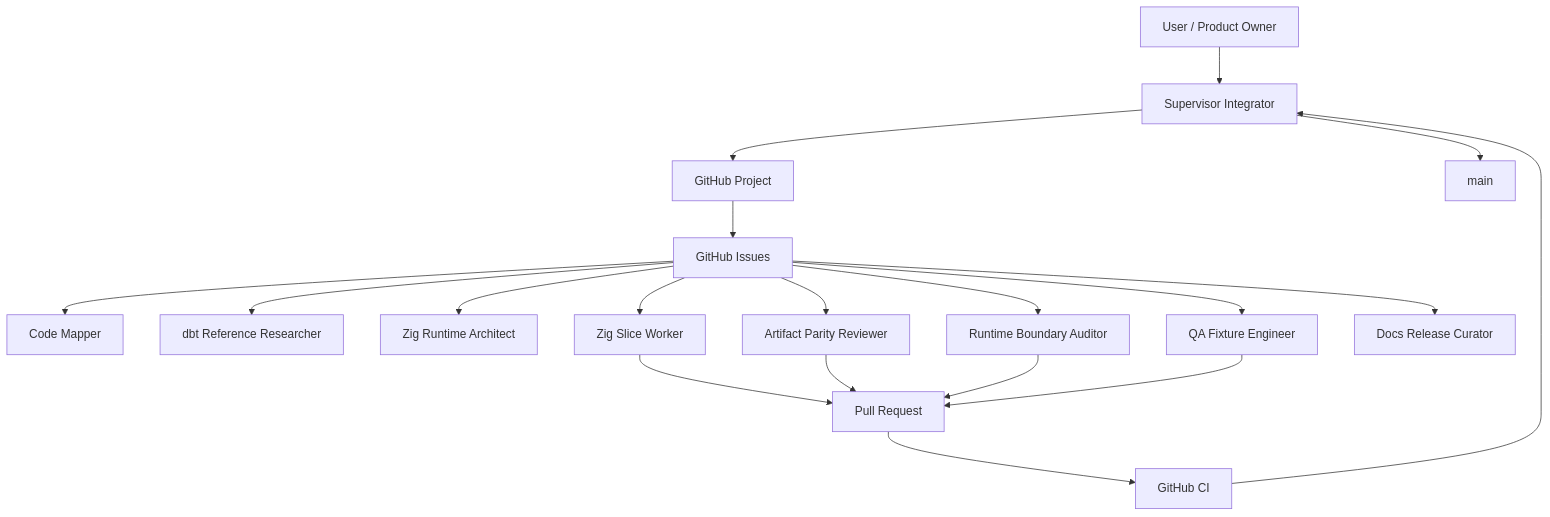
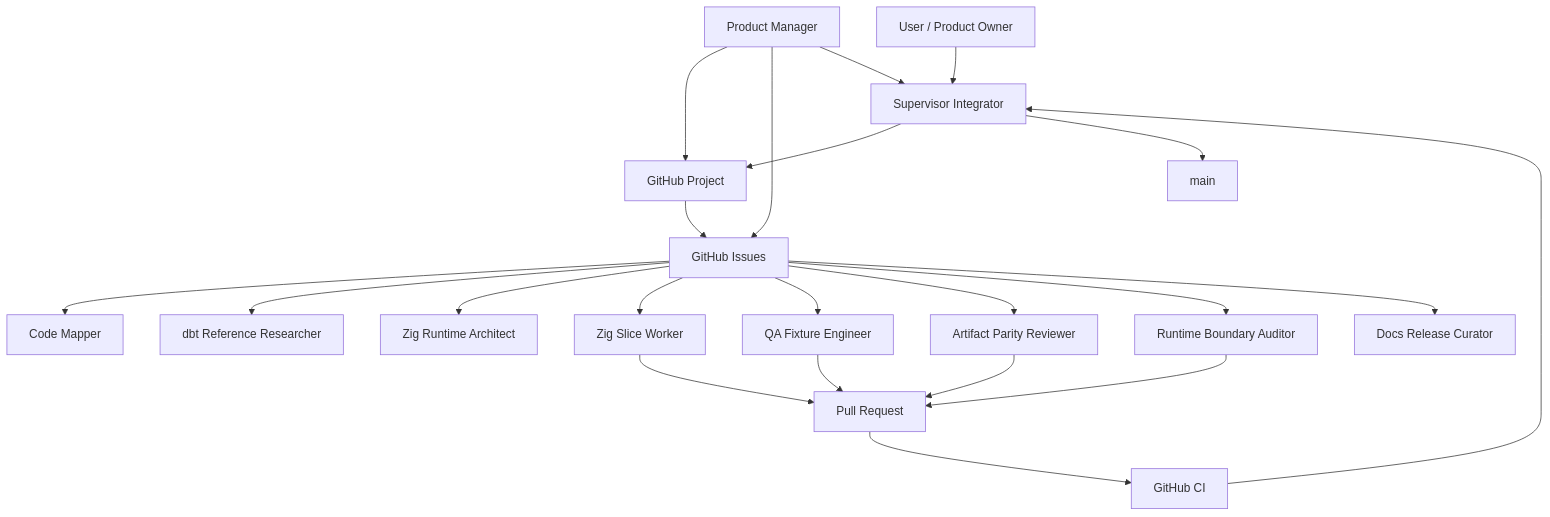
The first of 2 diagrams in docs/AGENT_OS.md (sabino/dxt), drawn with Mermaid before and after one commit. The commit also changed other lines of this file and 18 other files, not shown here.

First line of the commit message:
feat: add product manager agent ops

````diff
--- a/docs/AGENT_OS.md
+++ b/docs/AGENT_OS.md
@@ -100,21 +214,24 @@
 ```mermaid
 flowchart TD
     User[User / Product Owner] --> Supervisor[Supervisor Integrator]
+    PM[Product Manager] --> Project[GitHub Project]
+    PM --> Issues[GitHub Issues]
+    PM --> Supervisor
     Supervisor --> Project[GitHub Project]
     Project --> Issues[GitHub Issues]
     Issues --> Mapper[Code Mapper]
     Issues --> Researcher[dbt Reference Researcher]
     Issues --> Architect[Zig Runtime Architect]
     Issues --> Worker[Zig Slice Worker]
     Issues --> QA[QA Fixture Engineer]
     Issues --> Artifact[Artifact Parity Reviewer]
     Issues --> Safety[Runtime Boundary Auditor]
     Issues --> Docs[Docs Release Curator]
     Worker --> PR[Pull Request]
     Artifact --> PR
     Safety --> PR
     QA --> PR
     PR --> CI[GitHub CI]
     CI --> Supervisor
     Supervisor --> Main[main]
 ```
````
